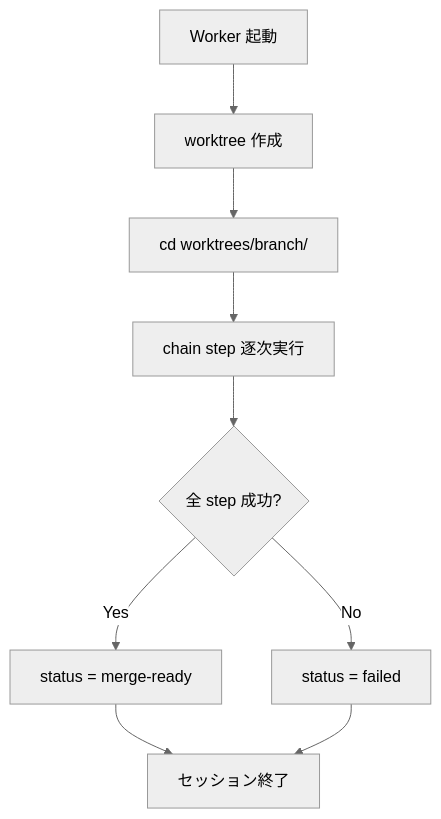
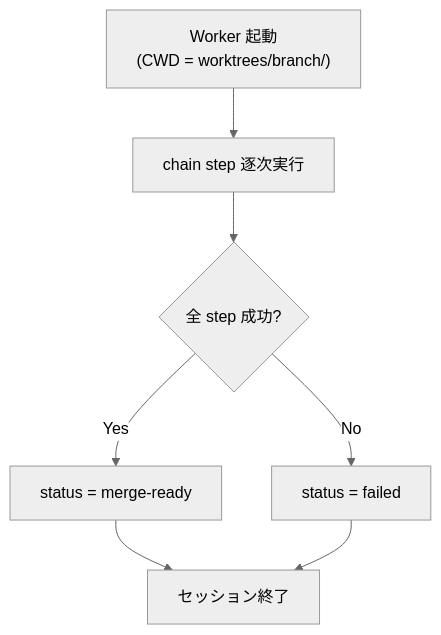
One commit to shuu5/twill changed the second of 3 diagrams in plugins/dev/architecture/domain/contexts/autopilot.md. Above: the diagram before and after it, drawn with Mermaid (neutral theme). The commit also changed other lines of this file, not shown here.

Commit message:
docs(architecture): autopilot.md に Worker CWD 修正方針を反映 (#210-#212)

````diff
--- a/plugins/dev/architecture/domain/contexts/autopilot.md
+++ b/plugins/dev/architecture/domain/contexts/autopilot.md
@@ -91,11 +93,9 @@
 ```mermaid
 flowchart TD
-    A[Worker 起動] --> B[worktree 作成]
-    B --> C[cd worktrees/branch/]
-    C --> D[chain step 逐次実行]
+    A["Worker 起動<br/>(CWD = worktrees/branch/)"] --> D[chain step 逐次実行]
     D --> E{全 step 成功?}
     E -- Yes --> F[status = merge-ready]
     E -- No --> G[status = failed]
     F --> H[セッション終了]
     G --> H
 ```
````
